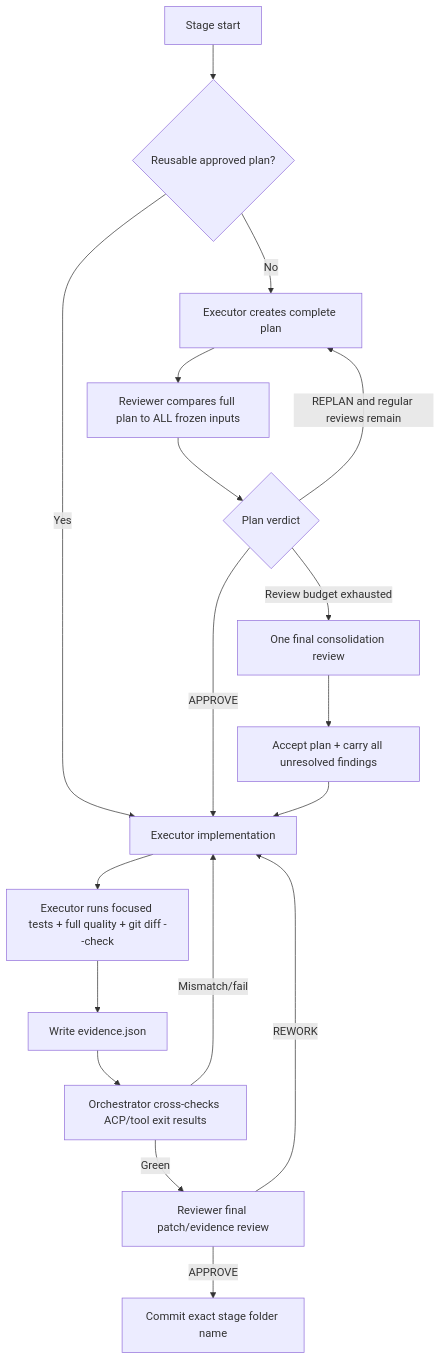
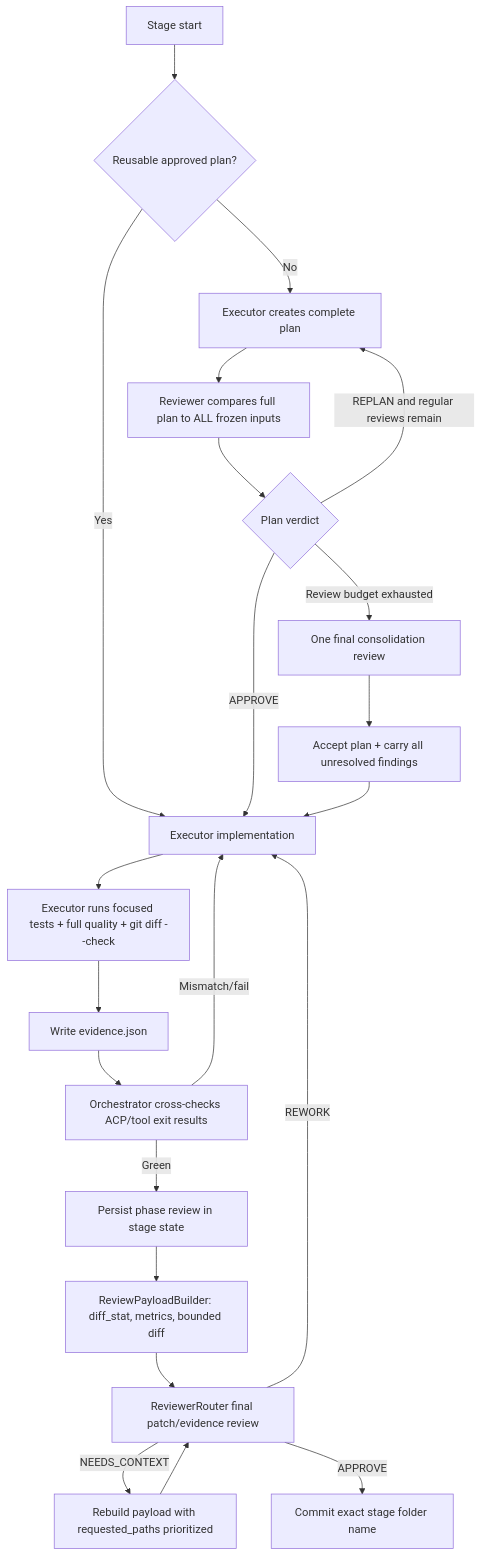
The second of 3 diagrams in docs/execution-flow.md (blackandcode/ai-universal-coding-harness), drawn with Mermaid before and after one commit. The commit also changed other lines of this file and 94 other files, not shown here.

````diff
--- a/docs/execution-flow.md
+++ b/docs/execution-flow.md
@@ -23,20 +23,24 @@
 ```mermaid
 flowchart TD
     S[Stage start] --> Reuse{Reusable approved plan?}
     Reuse -->|Yes| Implement
     Reuse -->|No| Plan[Executor creates complete plan]
     Plan --> Review[Reviewer compares full plan to ALL frozen inputs]
     Review --> Verdict{Plan verdict}
     Verdict -->|APPROVE| Implement[Executor implementation]
     Verdict -->|REPLAN and regular reviews remain| Plan
     Verdict -->|Review budget exhausted| FinalReview[One final consolidation review]
     FinalReview --> Carry[Accept plan + carry all unresolved findings]
     Carry --> Implement
     Implement --> Quality[Executor runs focused tests + full quality + git diff --check]
     Quality --> Evidence[Write evidence.json]
     Evidence --> Corroborate[Orchestrator cross-checks ACP/tool exit results]
     Corroborate -->|Mismatch/fail| Implement
-    Corroborate -->|Green| HumanReview[Reviewer final patch/evidence review]
+    Corroborate -->|Green| PersistReview[Persist phase review in stage state]
+    PersistReview --> BuildPayload[ReviewPayloadBuilder: diff_stat, metrics, bounded diff]
+    BuildPayload --> HumanReview[ReviewerRouter final patch/evidence review]
+    HumanReview -->|NEEDS_CONTEXT| ContextLoop[Rebuild payload with requested_paths prioritized]
+    ContextLoop --> HumanReview
     HumanReview -->|REWORK| Implement
     HumanReview -->|APPROVE| Commit[Commit exact stage folder name]
 ```
````
